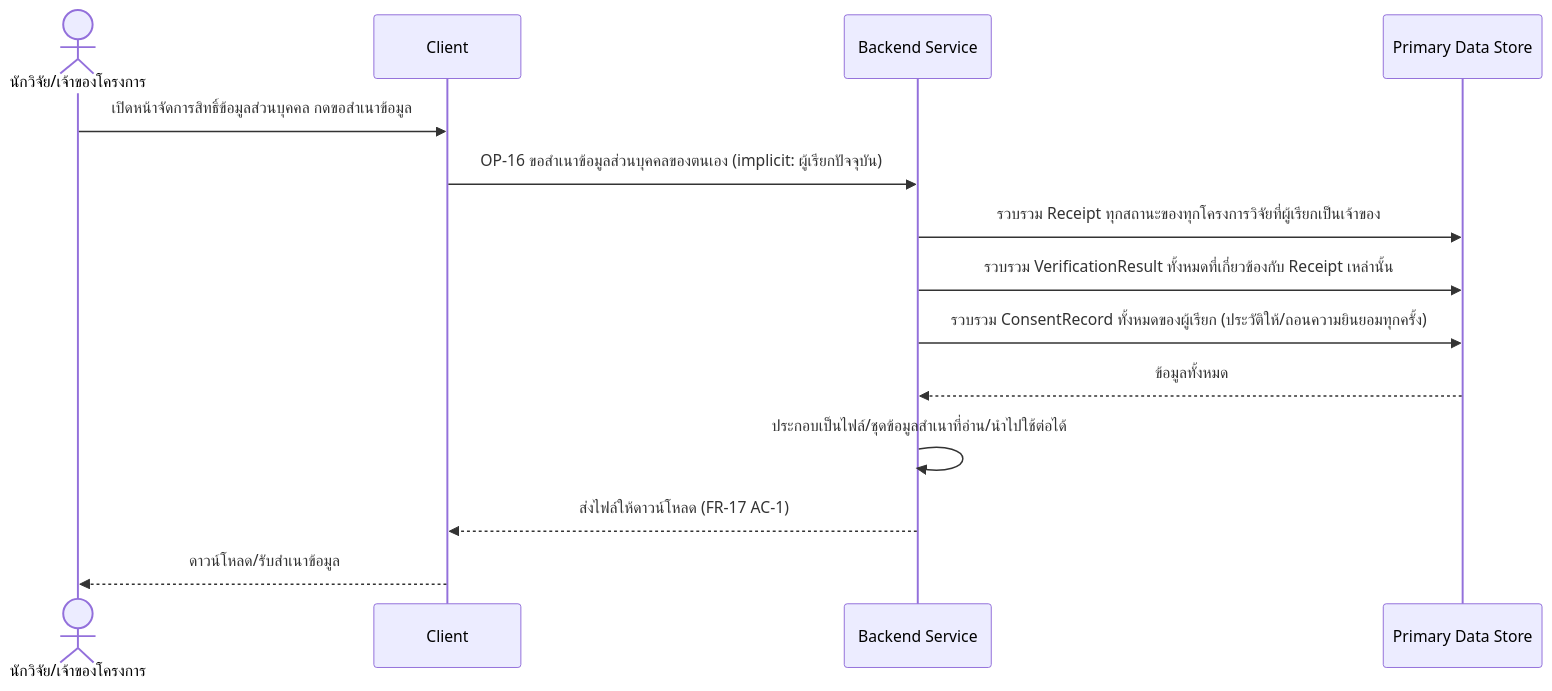
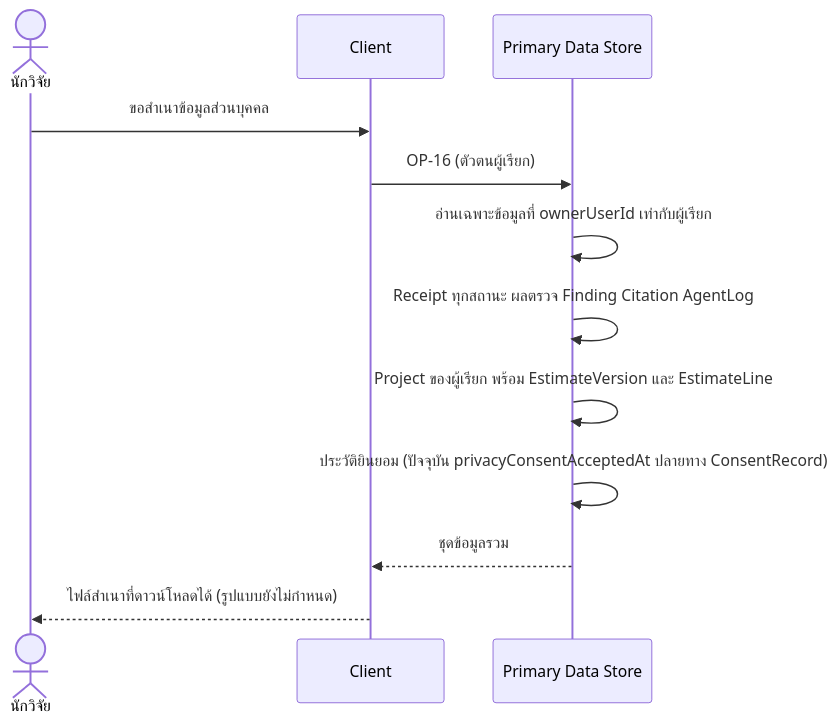
The diagram in docs/02-design/02-technical/detailed-design/data-access-portability.md (ptrsswnr/Grant-Receipt-Assistant), drawn with Mermaid before and after one commit. The commit also changed other lines of this file and 27 other files, not shown here.

````diff
--- a/docs/02-design/02-technical/detailed-design/data-access-portability.md
+++ b/docs/02-design/02-technical/detailed-design/data-access-portability.md
@@ -32,17 +25,15 @@
 ```mermaid
 sequenceDiagram
-    actor R as นักวิจัย/เจ้าของโครงการ
+    actor R as นักวิจัย
     participant C as Client
-    participant B as Backend Service
     participant DS as Primary Data Store
 
-    R->>C: เปิดหน้าจัดการสิทธิ์ข้อมูลส่วนบุคคล กดขอสำเนาข้อมูล
-    C->>B: OP-16 ขอสำเนาข้อมูลส่วนบุคคลของตนเอง (implicit: ผู้เรียกปัจจุบัน)
-    B->>DS: รวบรวม Receipt ทุกสถานะของทุกโครงการวิจัยที่ผู้เรียกเป็นเจ้าของ
-    B->>DS: รวบรวม VerificationResult ทั้งหมดที่เกี่ยวข้องกับ Receipt เหล่านั้น
-    B->>DS: รวบรวม ConsentRecord ทั้งหมดของผู้เรียก (ประวัติให้/ถอนความยินยอมทุกครั้ง)
-    DS-->>B: ข้อมูลทั้งหมด
-    B->>B: ประกอบเป็นไฟล์/ชุดข้อมูลสำเนาที่อ่าน/นำไปใช้ต่อได้
-    B-->>C: ส่งไฟล์ให้ดาวน์โหลด (FR-17 AC-1)
-    C-->>R: ดาวน์โหลด/รับสำเนาข้อมูล
+    R->>C: ขอสำเนาข้อมูลส่วนบุคคล
+    C->>DS: OP-16 (ตัวตนผู้เรียก)
+    DS->>DS: อ่านเฉพาะข้อมูลที่ ownerUserId เท่ากับผู้เรียก
+    DS->>DS: Receipt ทุกสถานะ ผลตรวจ Finding Citation AgentLog
+    DS->>DS: Project ของผู้เรียก พร้อม EstimateVersion และ EstimateLine
+    DS->>DS: ประวัติยินยอม (ปัจจุบัน privacyConsentAcceptedAt ปลายทาง ConsentRecord)
+    DS-->>C: ชุดข้อมูลรวม
+    C-->>R: ไฟล์สำเนาที่ดาวน์โหลดได้ (รูปแบบยังไม่กำหนด)
 ```
````
